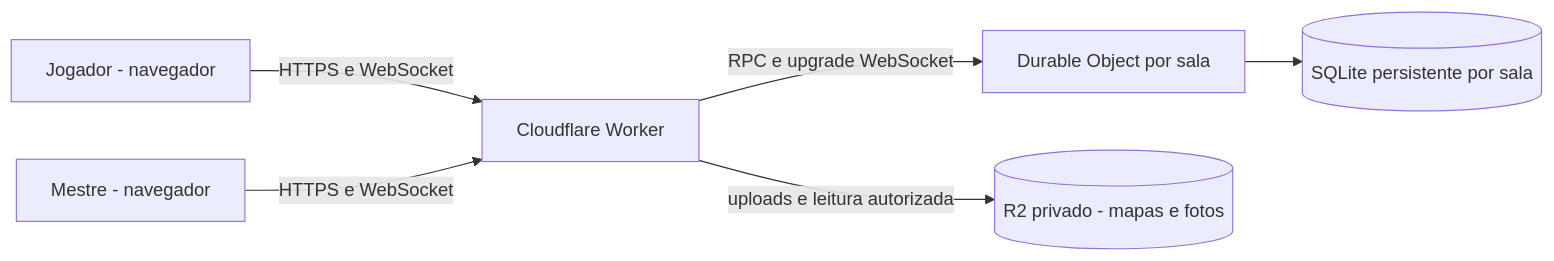
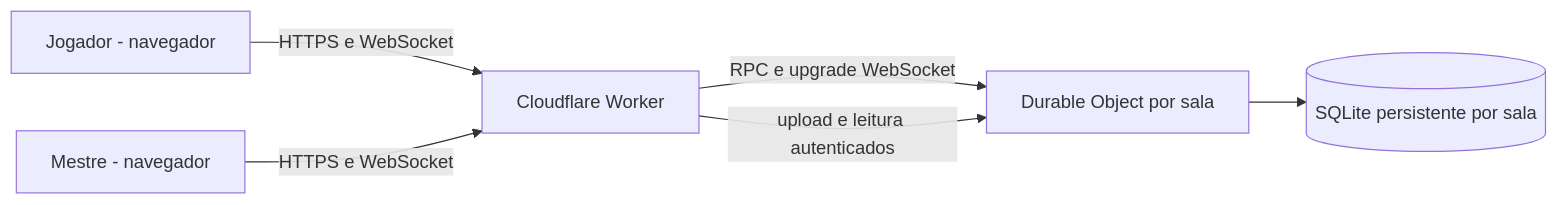
Before and after one commit to kingmaker-lab/RPG_TABLE_2: the diagram in docs/ARQUITETURA.md, drawn with Mermaid. The commit also changed other lines of this file and 2 other files, not shown here.

Commit message:
docs(beta): align API and architecture with SQLite media storage

````diff
--- a/docs/ARQUITETURA.md
+++ b/docs/ARQUITETURA.md
@@ -5,8 +5,8 @@
 ```mermaid
 flowchart LR
     A[Jogador - navegador] -->|HTTPS e WebSocket| B[Cloudflare Worker]
     M[Mestre - navegador] -->|HTTPS e WebSocket| B
     B -->|RPC e upgrade WebSocket| D[Durable Object por sala]
     D --> S[(SQLite persistente por sala)]
-    B -->|uploads e leitura autorizada| R[(R2 privado - mapas e fotos)]
+    B -->|upload e leitura autenticados| D
 ```
````
